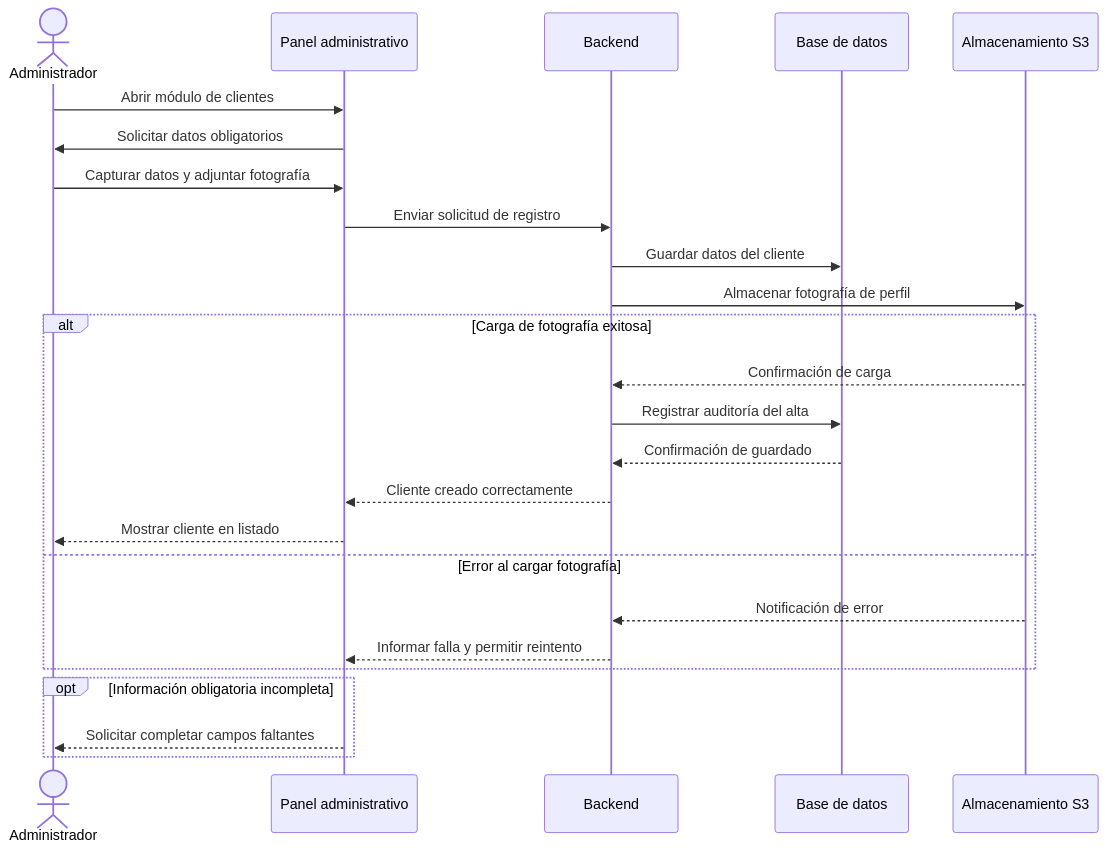
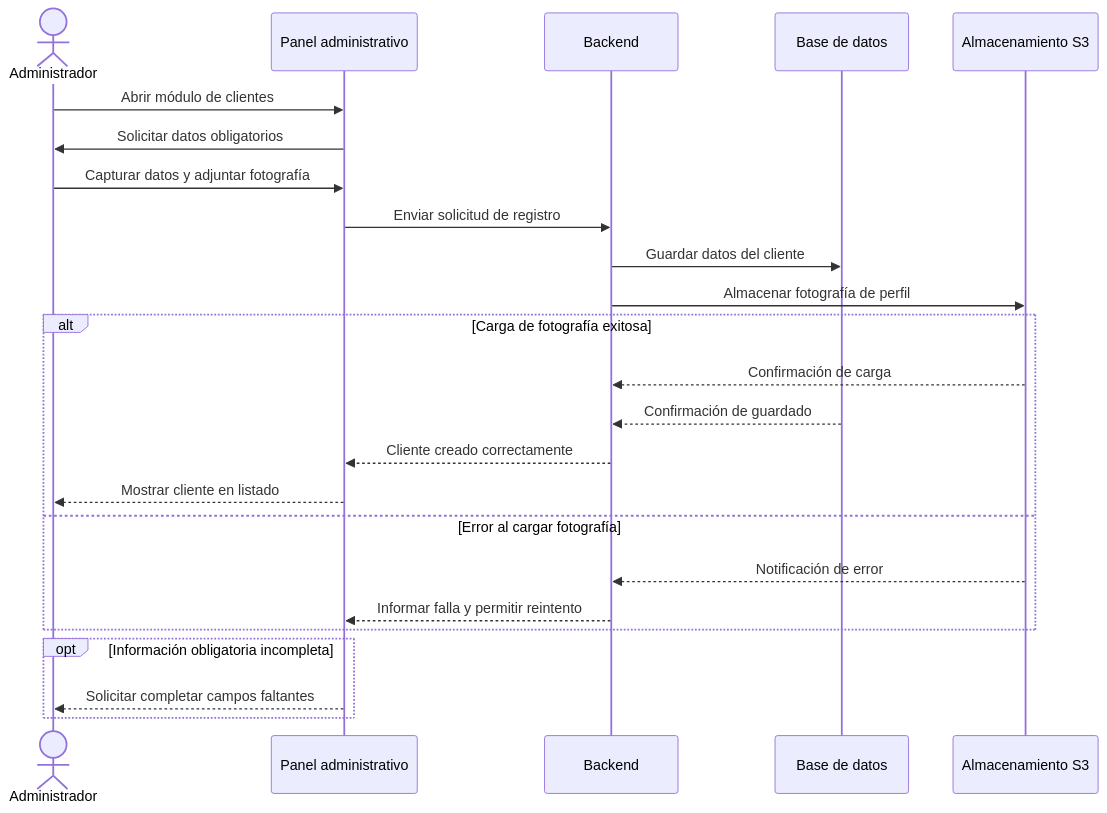
Before and after one commit to felixherrera2196/GymApp: the first of 7 diagrams in diagramas_secuencia.md, drawn with Mermaid. The commit also changed other lines of this file and 7 other files, not shown here.

````diff
--- a/diagramas_secuencia.md
+++ b/diagramas_secuencia.md
@@ -6,28 +6,27 @@
 ```mermaid
 sequenceDiagram
     actor Administrador
     participant Panel as Panel administrativo
     participant Backend
     participant DB as Base de datos
     participant S3 as Almacenamiento S3
 
     Administrador->>Panel: Abrir módulo de clientes
     Panel->>Administrador: Solicitar datos obligatorios
     Administrador->>Panel: Capturar datos y adjuntar fotografía
     Panel->>Backend: Enviar solicitud de registro
     Backend->>DB: Guardar datos del cliente
     Backend->>S3: Almacenar fotografía de perfil
     alt Carga de fotografía exitosa
         S3-->>Backend: Confirmación de carga
-        Backend->>DB: Registrar auditoría del alta
         DB-->>Backend: Confirmación de guardado
         Backend-->>Panel: Cliente creado correctamente
         Panel-->>Administrador: Mostrar cliente en listado
     else Error al cargar fotografía
         S3-->>Backend: Notificación de error
         Backend-->>Panel: Informar falla y permitir reintento
     end
     opt Información obligatoria incompleta
         Panel-->>Administrador: Solicitar completar campos faltantes
     end
 ```
````
